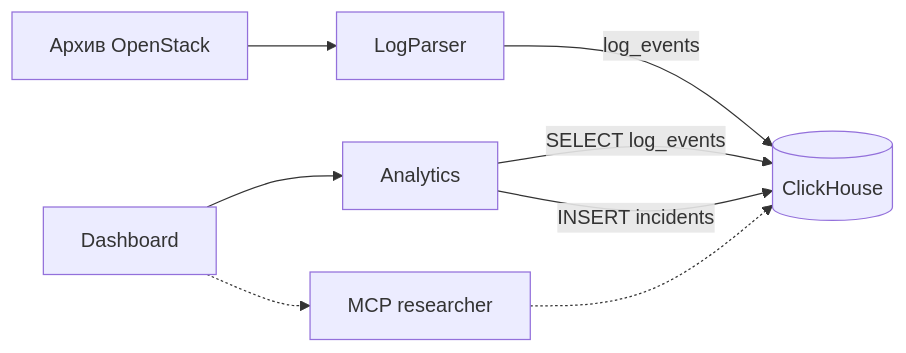
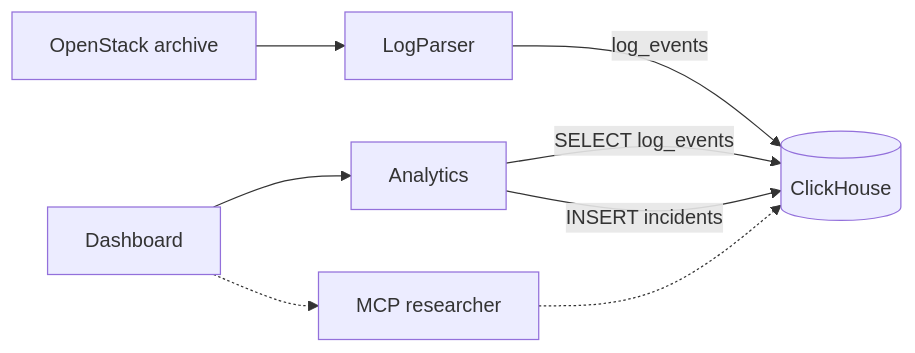
The diagram in README.md (tsarev-is/Logregartor), drawn with Mermaid before and after one commit. The commit also changed other lines of this file and 2 other files, not shown here.

Commit message:
Clarify evidence timeline

````diff
--- a/README.md
+++ b/README.md
@@ -11,10 +11,10 @@
 ```mermaid
 flowchart LR
-    L[Архив OpenStack] --> P[LogParser]
+    L[OpenStack archive] --> P[LogParser]
     P -->|log_events| C[(ClickHouse)]
     D[Dashboard] --> A[Analytics]
     A -->|SELECT log_events| C
     A -->|INSERT incidents| C
     D -.-> M[MCP researcher]
     M -.-> C
 ```
````
